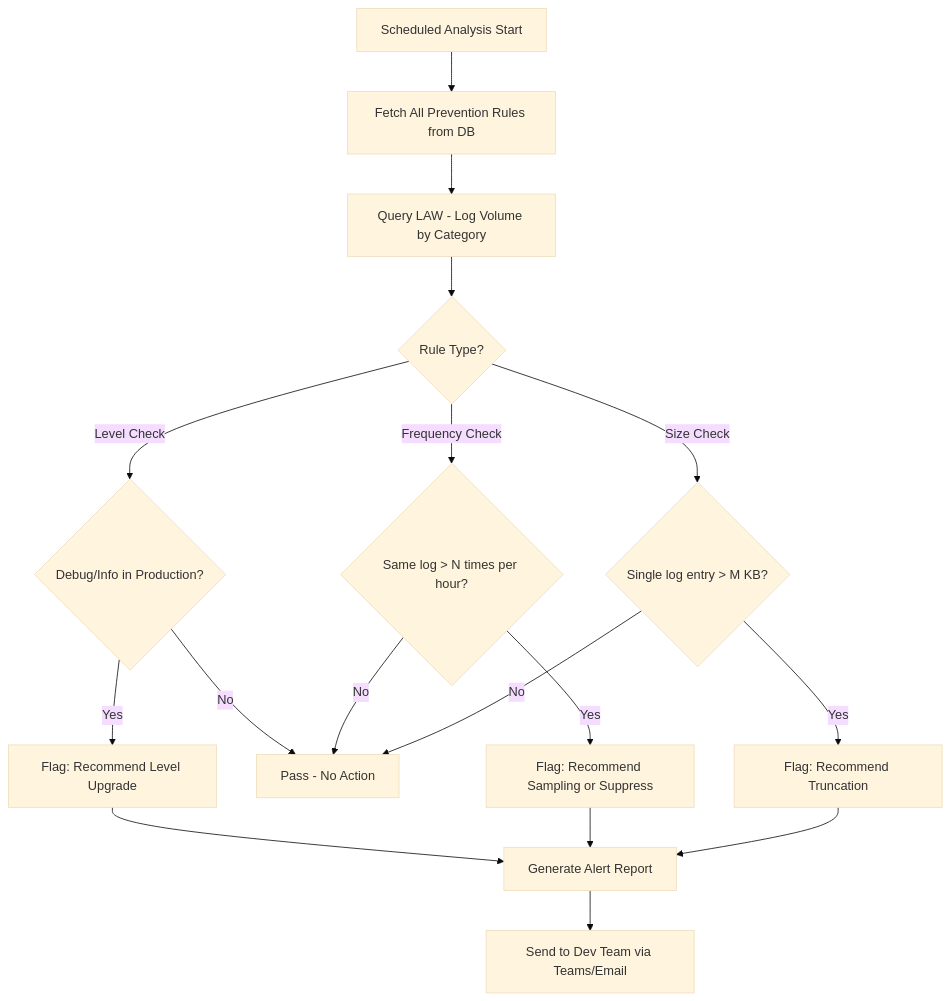
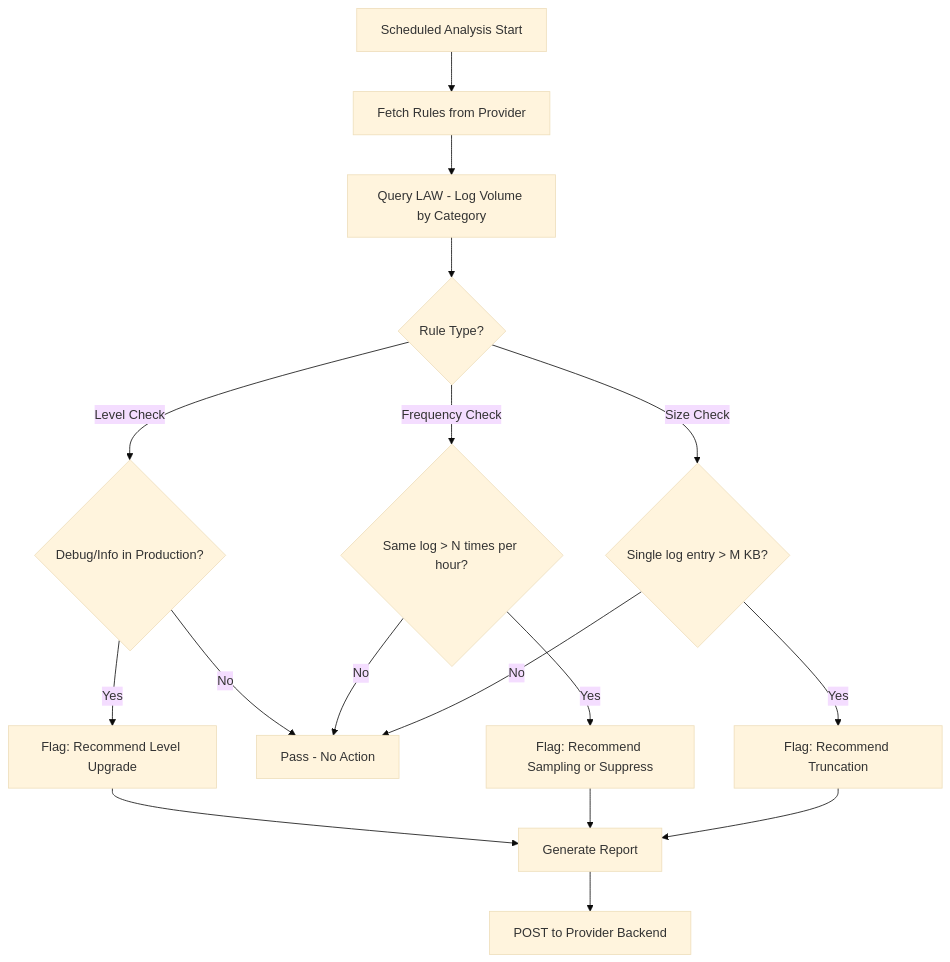
Before and after one commit to chjcmy/study: the seventh of 21 diagrams in azure/projects/log-doctor-plan.md, drawn with Mermaid (base theme). The commit also changed other lines of this file, not shown here.

````diff
--- a/azure/projects/log-doctor-plan.md
+++ b/azure/projects/log-doctor-plan.md
@@ -262,25 +268,25 @@
 ```mermaid
 graph TD
-    A["Scheduled Analysis Start"] --> B["Fetch All Prevention Rules from DB"]
+    A["Scheduled Analysis Start"] --> B["Fetch Rules from Provider"]
     B --> C["Query LAW - Log Volume by Category"]
 
     C --> D{"Rule Type?"}
 
     D -- "Level Check" --> E{"Debug/Info in Production?"}
     D -- "Frequency Check" --> F{"Same log > N times per hour?"}
     D -- "Size Check" --> G{"Single log entry > M KB?"}
 
     E -- "Yes" --> H["Flag: Recommend Level Upgrade"]
     E -- "No" --> I["Pass - No Action"]
 
     F -- "Yes" --> J["Flag: Recommend Sampling or Suppress"]
     F -- "No" --> I
 
     G -- "Yes" --> K["Flag: Recommend Truncation"]
     G -- "No" --> I
 
-    H --> L["Generate Alert Report"]
+    H --> L["Generate Report"]
     J --> L
     K --> L
-    L --> M["Send to Dev Team via Teams/Email"]
+    L --> M["POST to Provider Backend"]
 ```
````
